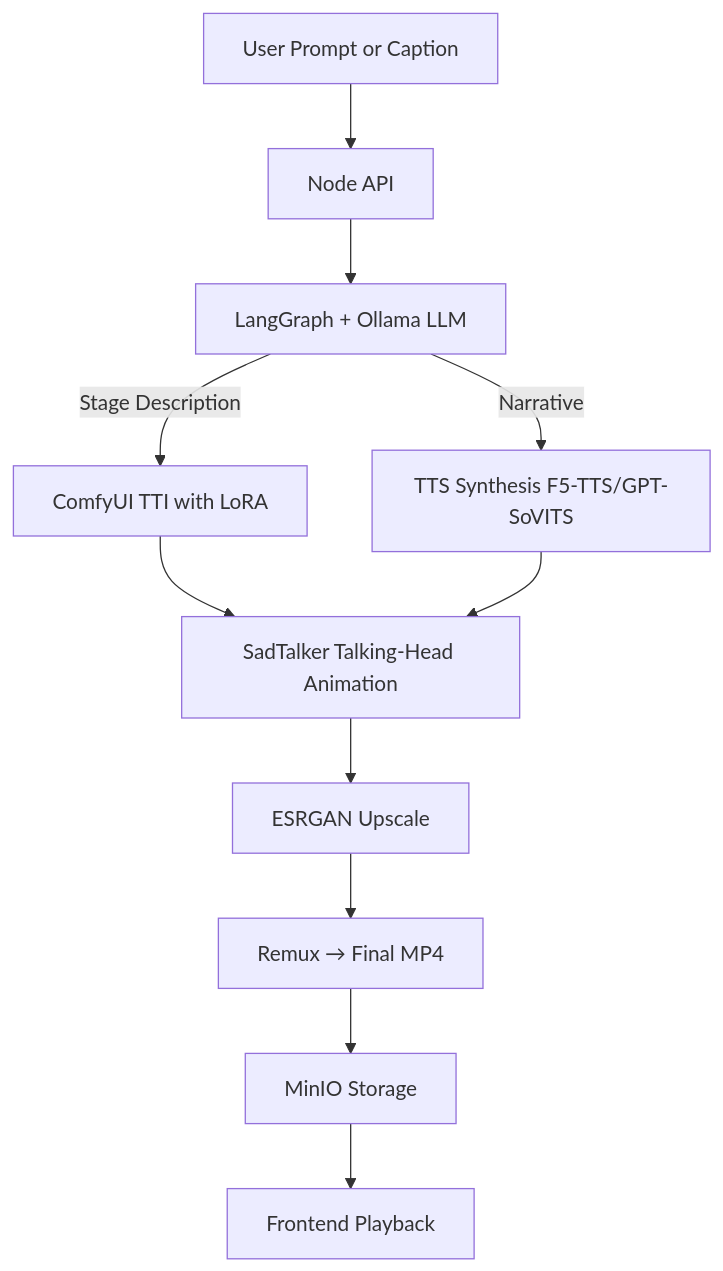
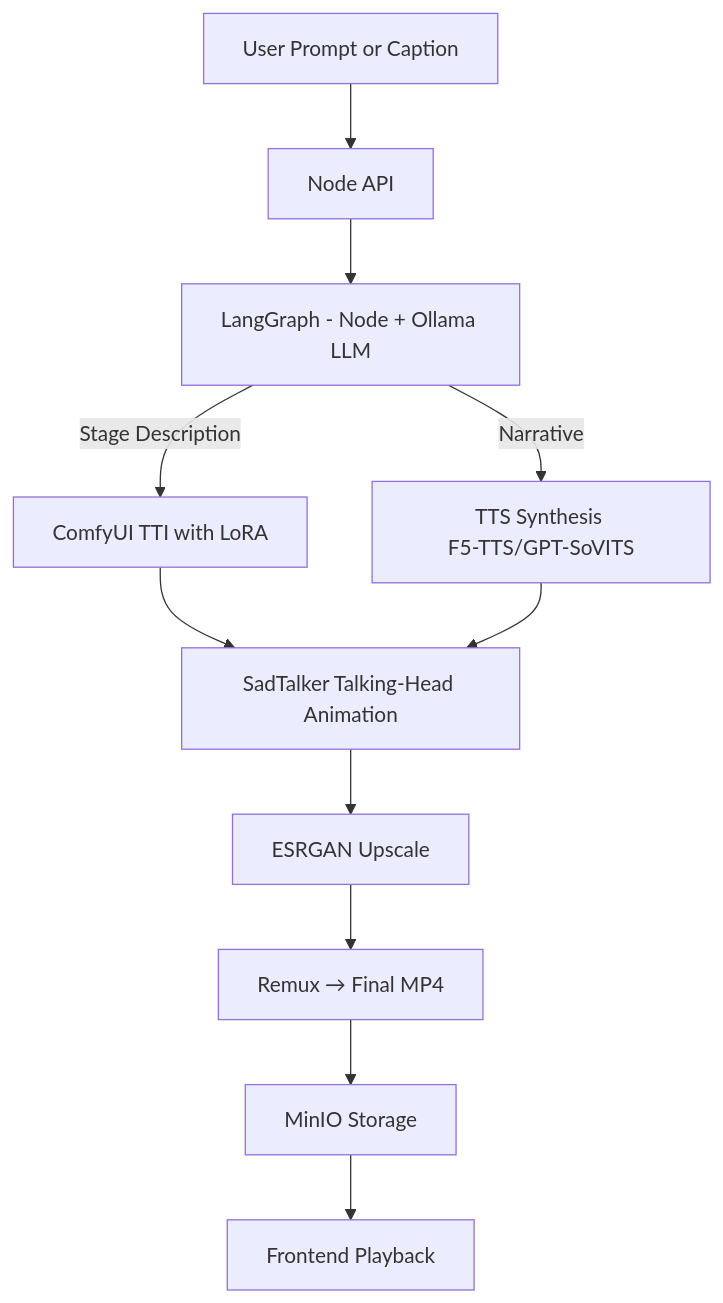
One commit to ktzevani/myspinbot changed the fourth of 5 diagrams in docs/02_architecture_overview.md. Above: the diagram before and after it, drawn with Mermaid. The commit also changed other lines of this file and 6 other files, not shown here.

Commit message:
Revised project architecture. Introduces new architecture with a double LangGraph orchestration (cross runtime), Redis Streams insteadn of BullMQ and Dramatiq instead of Celery.

````diff
--- a/docs/02_architecture_overview.md
+++ b/docs/02_architecture_overview.md
@@ -153,13 +166,13 @@
 ```mermaid
 flowchart TD
     A[User Prompt or Caption] --> B[Node API]
-    B --> C[LangGraph + Ollama LLM]
+    B --> C[LangGraph - Node + Ollama LLM]
     C --> |Stage Description| D[ComfyUI TTI with LoRA]
-    C --> |Narrative| E[TTS Synthesis F5-TTS/GPT-SoVITS]
+    C --> |Narrative| E[TTS Synthesis F5‑TTS/GPT‑SoVITS]
     D --> F[SadTalker Talking-Head Animation]
     E --> F
     F --> G[ESRGAN Upscale]
     G --> H[Remux → Final MP4]
     H --> I[MinIO Storage]
     I --> J[Frontend Playback]
 ```
````
